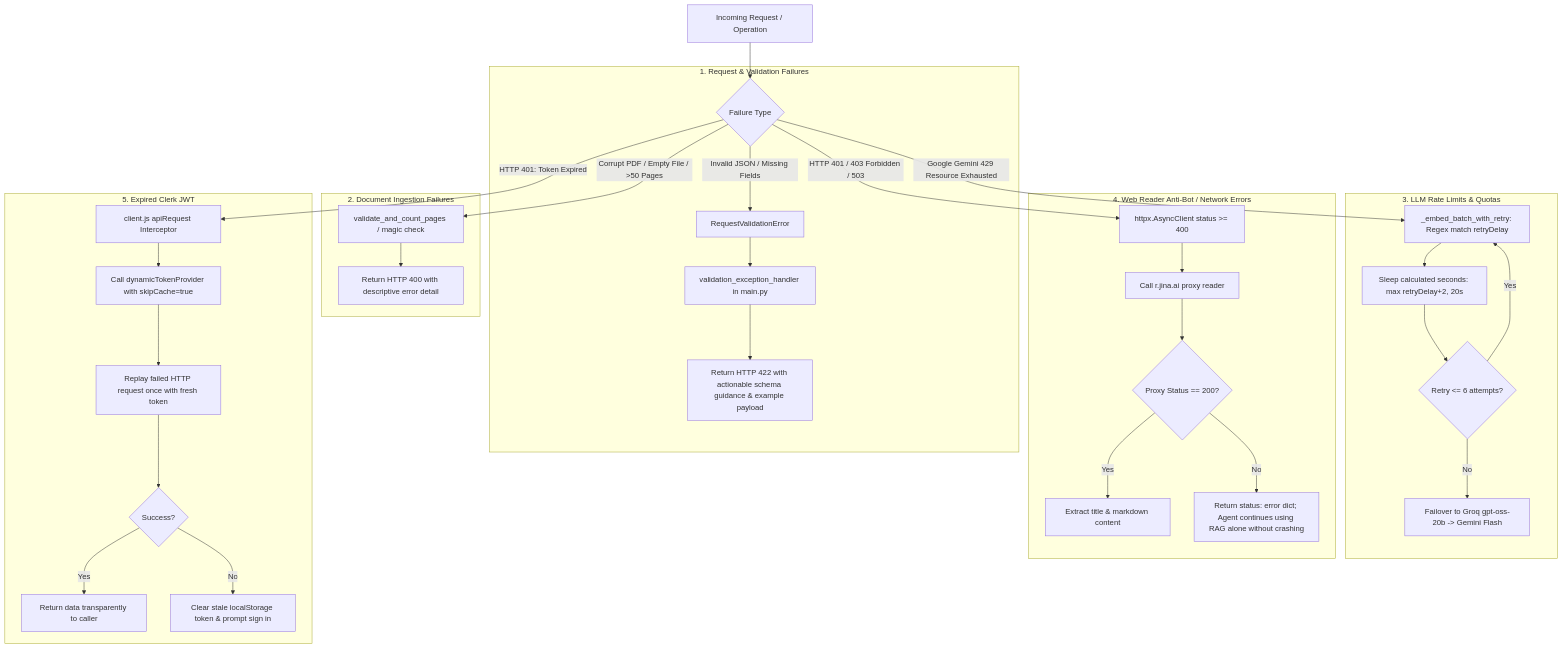
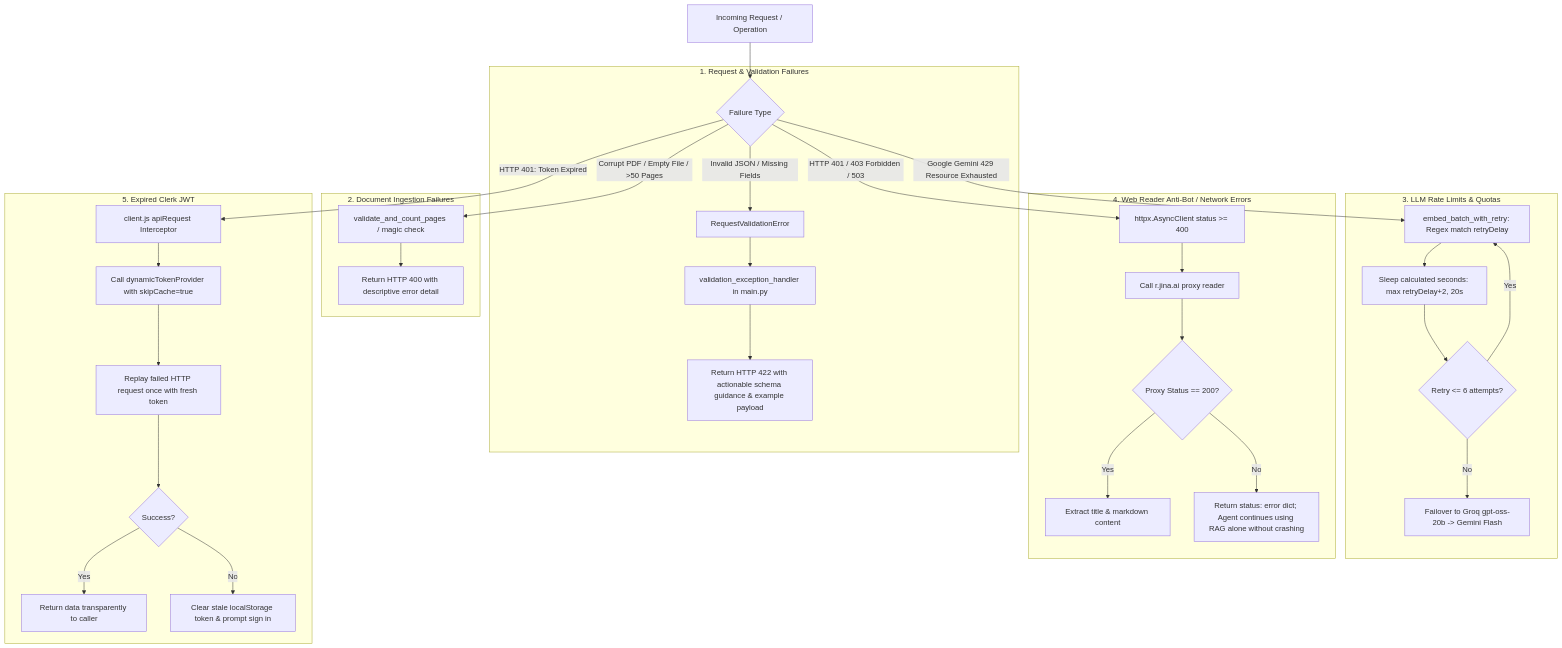
One commit to priyadharshiniannadurai413-dev/study_guide_generator changed the ninth of 9 diagrams in docs/workflow.md. Above: the diagram before and after it, drawn with Mermaid. The commit also changed other lines of this file and 1 other file, not shown here.

Commit message:
docs: add system workflow and architecture documentation

````diff
--- a/docs/workflow.md
+++ b/docs/workflow.md
@@ -420,40 +453,40 @@
 ```mermaid
 flowchart TD
-    TriggerEvent[Incoming Request / Operation] --> FailurePoint{Failure Type}
+    TriggerEvent["Incoming Request / Operation"] --> FailurePoint{"Failure Type"}
 
     subgraph SchemaFailures ["1. Request & Validation Failures"]
-        FailurePoint -- "Invalid JSON / Missing Fields" --> FastAPIVAL[RequestValidationError]
-        FastAPIVAL --> GlobalHandler[validation_exception_handler in main.py]
-        GlobalHandler --> Res422[Return HTTP 422 with actionable schema guidance & example payload]
+        FailurePoint -- "Invalid JSON / Missing Fields" --> FastAPIVAL["RequestValidationError"]
+        FastAPIVAL --> GlobalHandler["validation_exception_handler in main.py"]
+        GlobalHandler --> Res422["Return HTTP 422 with actionable schema guidance & example payload"]
     end
 
     subgraph IngestionFailures ["2. Document Ingestion Failures"]
-        FailurePoint -- "Corrupt PDF / Empty File / >50 Pages" --> IngestGuard[validate_and_count_pages / magic check]
-        IngestGuard --> Res400[Return HTTP 400 with descriptive error detail]
+        FailurePoint -- "Corrupt PDF / Empty File / >50 Pages" --> IngestGuard["validate_and_count_pages / magic check"]
+        IngestGuard --> Res400["Return HTTP 400 with descriptive error detail"]
     end
 
     subgraph LLMRateLimits ["3. LLM Rate Limits & Quotas"]
-        FailurePoint -- "Google Gemini 429 Resource Exhausted" --> EmbedRetry[_embed_batch_with_retry: Regex match retryDelay]
-        EmbedRetry --> SleepDelay[Sleep calculated seconds: max retryDelay+2, 20s]
-        SleepDelay --> RetryAttempt{Retry <= 6 attempts?}
-        RetryAttempt -- Yes --> EmbedRetry
-        RetryAttempt -- No --> LLMFailover[Failover to Groq gpt-oss-20b -> Gemini Flash]
+        FailurePoint -- "Google Gemini 429 Resource Exhausted" --> EmbedRetry["embed_batch_with_retry: Regex match retryDelay"]
+        EmbedRetry --> SleepDelay["Sleep calculated seconds: max retryDelay+2, 20s"]
+        SleepDelay --> RetryAttempt{"Retry <= 6 attempts?"}
+        RetryAttempt -- "Yes" --> EmbedRetry
+        RetryAttempt -- "No" --> LLMFailover["Failover to Groq gpt-oss-20b -> Gemini Flash"]
     end
 
     subgraph WebExtractionFailures ["4. Web Reader Anti-Bot / Network Errors"]
-        FailurePoint -- "HTTP 401 / 403 Forbidden / 503" --> DirectHTTPFail[httpx.AsyncClient status >= 400]
-        DirectHTTPFail --> JinaProxy[Call r.jina.ai proxy reader]
-        JinaProxy --> JinaCheck{Proxy Status == 200?}
-        JinaCheck -- Yes --> ParseReader[Extract title & markdown content]
-        JinaCheck -- No --> SoftFailWeb[Return status: error dict; Agent continues using RAG alone without crashing]
+        FailurePoint -- "HTTP 401 / 403 Forbidden / 503" --> DirectHTTPFail["httpx.AsyncClient status >= 400"]
+        DirectHTTPFail --> JinaProxy["Call r.jina.ai proxy reader"]
+        JinaProxy --> JinaCheck{"Proxy Status == 200?"}
+        JinaCheck -- "Yes" --> ParseReader["Extract title & markdown content"]
+        JinaCheck -- "No" --> SoftFailWeb["Return status: error dict; Agent continues using RAG alone without crashing"]
     end
 
     subgraph AuthExpirationFailures ["5. Expired Clerk JWT"]
-        FailurePoint -- "HTTP 401: Token Expired" --> ClientInterceptor[client.js apiRequest Interceptor]
-        ClientInterceptor --> RefreshSession[Call dynamicTokenProvider with skipCache=true]
-        RefreshSession --> ReplayRequest[Replay failed HTTP request once with fresh token]
-        ReplayRequest --> ReplayResult{Success?}
-        ReplayResult -- Yes --> ClientSuccess[Return data transparently to caller]
-        ReplayResult -- No --> PromptLogin[Clear stale localStorage token & prompt sign in]
+        FailurePoint -- "HTTP 401: Token Expired" --> ClientInterceptor["client.js apiRequest Interceptor"]
+        ClientInterceptor --> RefreshSession["Call dynamicTokenProvider with skipCache=true"]
+        RefreshSession --> ReplayRequest["Replay failed HTTP request once with fresh token"]
+        ReplayRequest --> ReplayResult{"Success?"}
+        ReplayResult -- "Yes" --> ClientSuccess["Return data transparently to caller"]
+        ReplayResult -- "No" --> PromptLogin["Clear stale localStorage token & prompt sign in"]
     end
 ```
````
